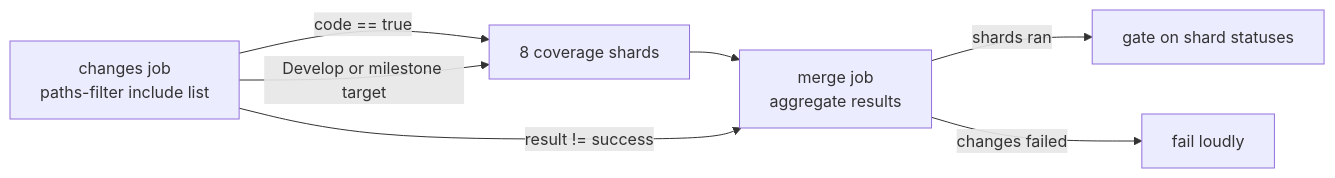
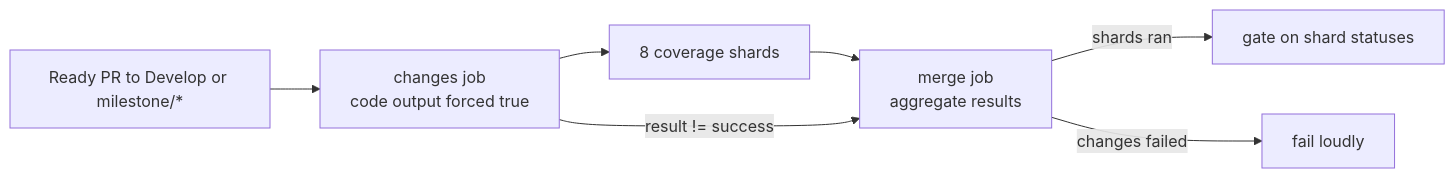
Before and after one commit to stSoftwareAU/NEAT-AI: the first of 5 diagrams in docs/troubleshooting/CI.md, drawn with Mermaid. The commit also changed other lines of this file and 3 other files, not shown here.

````diff
--- a/docs/troubleshooting/CI.md
+++ b/docs/troubleshooting/CI.md
@@ -71,9 +73,9 @@
 ```mermaid
 flowchart LR
-    CH["changes job<br/>paths-filter include list"] -- "code == true" --> SH["8 coverage shards"]
-    CH -- "Develop or milestone target" --> SH
+    PR["Ready PR to Develop or milestone/*"] --> CH["changes job<br/>code output forced true"]
+    CH --> SH["8 coverage shards"]
     SH --> MG["merge job<br/>aggregate results"]
     CH -- "result != success" --> MG
     MG -- "shards ran" --> G["gate on shard statuses"]
     MG -- "changes failed" --> F["fail loudly"]
 ```
````
